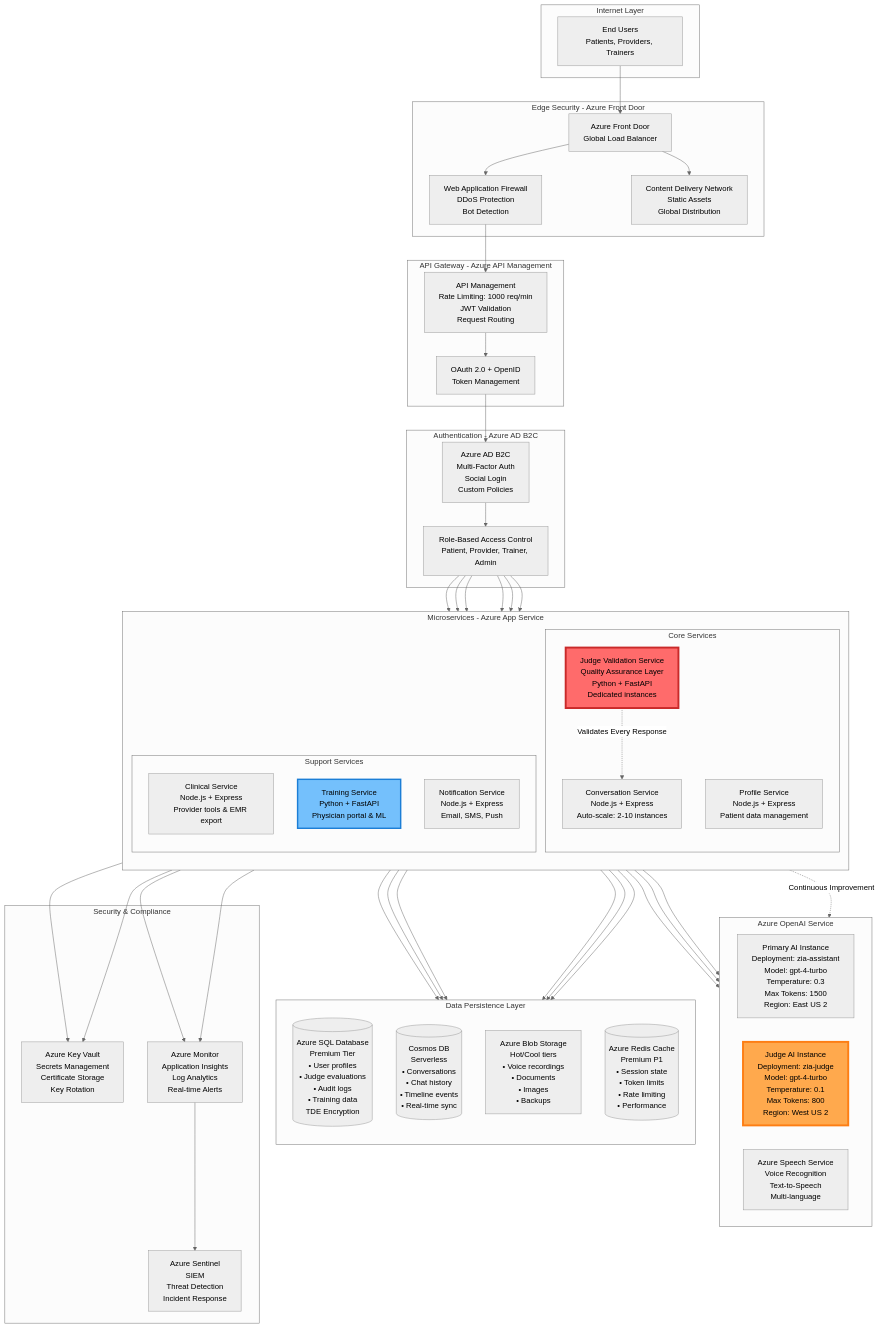
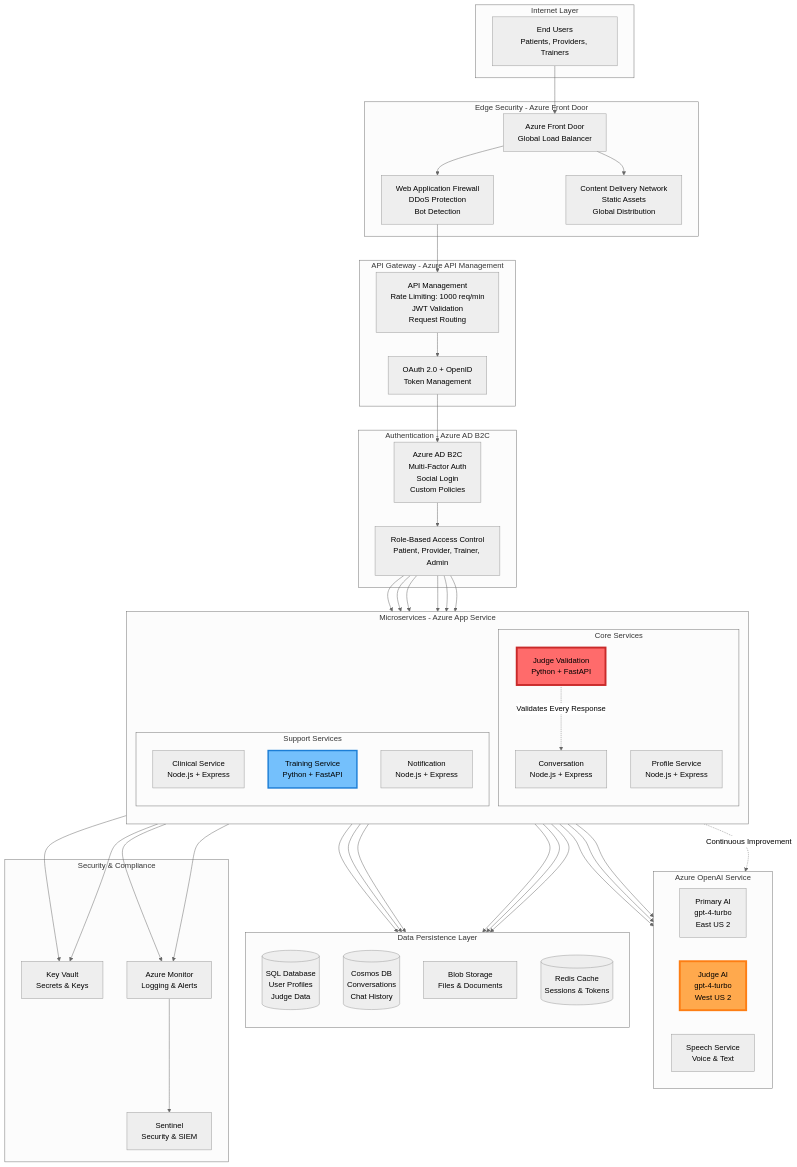
Before and after one commit to gauravpandeydigilantern/ZIA: the first of 16 diagrams in README.md, drawn with Mermaid (neutral theme). The commit also changed other lines of this file, not shown here.

```diff
--- a/README.md
+++ b/README.md
@@ -34,45 +34,45 @@
         direction TB
         
         subgraph CoreServices["Core Services"]
-            CONV[Conversation Service<br/>Node.js + Express<br/>Auto-scale: 2-10 instances]
-            JUDGE[Judge Validation Service<br/>Quality Assurance Layer<br/>Python + FastAPI<br/>Dedicated instances]
-            PROFILE[Profile Service<br/>Node.js + Express<br/>Patient data management]
+            CONV[Conversation<br/>Node.js + Express]
+            JUDGE[Judge Validation<br/>Python + FastAPI]
+            PROFILE[Profile Service<br/>Node.js + Express]
         end
         
         subgraph SupportServices["Support Services"]
-            CLINICAL[Clinical Service<br/>Node.js + Express<br/>Provider tools & EMR export]
-            TRAINING[Training Service<br/>Python + FastAPI<br/>Physician portal & ML]
-            NOTIFY[Notification Service<br/>Node.js + Express<br/>Email, SMS, Push]
+            CLINICAL[Clinical Service<br/>Node.js + Express]
+            TRAINING[Training Service<br/>Python + FastAPI]
+            NOTIFY[Notification<br/>Node.js + Express]
         end
     end
     
     subgraph AIServices["Azure OpenAI Service"]
         direction LR
-        PRIMARY[Primary AI Instance<br/>Deployment: zia-assistant<br/>Model: gpt-4-turbo<br/>Temperature: 0.3<br/>Max Tokens: 1500<br/>Region: East US 2]
+        PRIMARY[Primary AI<br/>gpt-4-turbo<br/>East US 2]
         
-        JUDGEAI[Judge AI Instance<br/>Deployment: zia-judge<br/>Model: gpt-4-turbo<br/>Temperature: 0.1<br/>Max Tokens: 800<br/>Region: West US 2]
+        JUDGEAI[Judge AI<br/>gpt-4-turbo<br/>West US 2]
         
-        SPEECH[Azure Speech Service<br/>Voice Recognition<br/>Text-to-Speech<br/>Multi-language]
+        SPEECH[Speech Service<br/>Voice & Text]
     end
     
     subgraph DataLayer["Data Persistence Layer"]
         direction TB
         
-        SQL[(Azure SQL Database<br/>Premium Tier<br/>• User profiles<br/>• Judge evaluations<br/>• Audit logs<br/>• Training data<br/>TDE Encryption)]
+        SQL[(SQL Database<br/>User Profiles<br/>Judge Data)]
         
-        COSMOS[(Cosmos DB<br/>Serverless<br/>• Conversations<br/>• Chat history<br/>• Timeline events<br/>• Real-time sync)]
+        COSMOS[(Cosmos DB<br/>Conversations<br/>Chat History)]
         
-        BLOB[Azure Blob Storage<br/>Hot/Cool tiers<br/>• Voice recordings<br/>• Documents<br/>• Images<br/>• Backups]
+        BLOB[Blob Storage<br/>Files & Documents]
         
-        REDIS[(Azure Redis Cache<br/>Premium P1<br/>• Session state<br/>• Token limits<br/>• Rate limiting<br/>• Performance)]
+        REDIS[(Redis Cache<br/>Sessions & Tokens)]
     end
     
     subgraph SecurityCompliance["Security & Compliance"]
-        VAULT[Azure Key Vault<br/>Secrets Management<br/>Certificate Storage<br/>Key Rotation]
+        VAULT[Key Vault<br/>Secrets & Keys]
         
-        MONITOR[Azure Monitor<br/>Application Insights<br/>Log Analytics<br/>Real-time Alerts]
+        MONITOR[Azure Monitor<br/>Logging & Alerts]
         
-        SENTINEL[Azure Sentinel<br/>SIEM<br/>Threat Detection<br/>Incident Response]
+        SENTINEL[Sentinel<br/>Security & SIEM]
     end
     
     USERS --> FD
```
